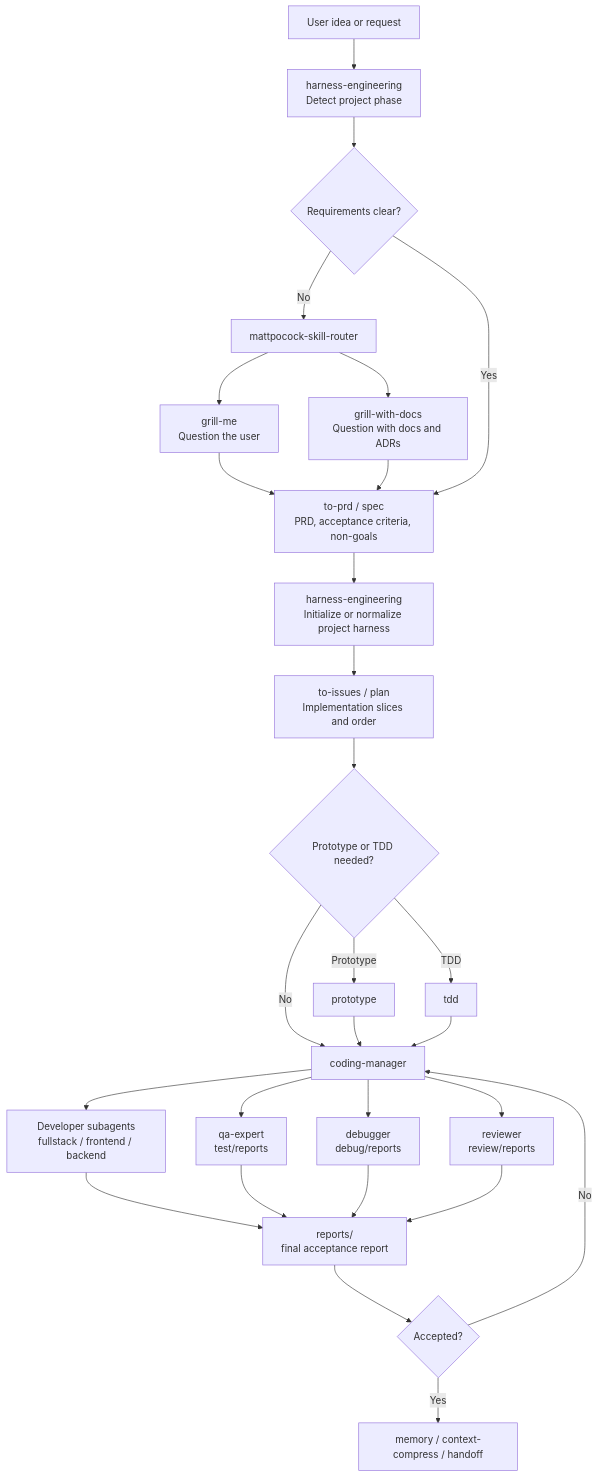
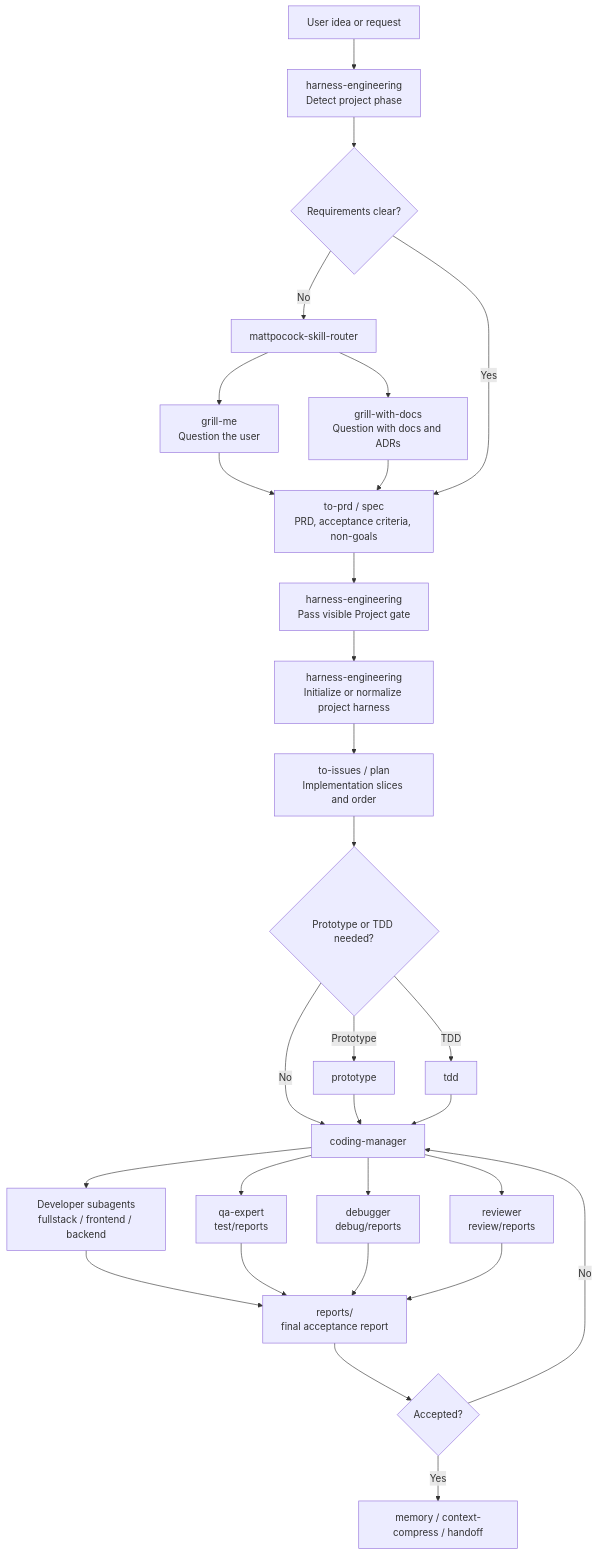
One commit to wantedfast/harness-engineering-wang changed the first of 2 diagrams in README.md. Above: the diagram before and after it, drawn with Mermaid. The commit also changed other lines of this file and 7 other files, not shown here.

Commit message:
feat: require visible codex project gate

````diff
--- a/README.md
+++ b/README.md
@@ -94,30 +96,31 @@
 ```mermaid
 flowchart TD
     A["User idea or request"] --> B["harness-engineering<br/>Detect project phase"]
     B --> C{"Requirements clear?"}
     C -- "No" --> D["mattpocock-skill-router"]
     D --> E["grill-me<br/>Question the user"]
     D --> F["grill-with-docs<br/>Question with docs and ADRs"]
     E --> G["to-prd / spec<br/>PRD, acceptance criteria, non-goals"]
     F --> G
     C -- "Yes" --> G
-    G --> H["harness-engineering<br/>Initialize or normalize project harness"]
-    H --> I["to-issues / plan<br/>Implementation slices and order"]
+    G --> H["harness-engineering<br/>Pass visible Project gate"]
+    H --> H2["harness-engineering<br/>Initialize or normalize project harness"]
+    H2 --> I["to-issues / plan<br/>Implementation slices and order"]
     I --> J{"Prototype or TDD needed?"}
     J -- "Prototype" --> K["prototype"]
     J -- "TDD" --> L["tdd"]
     J -- "No" --> M["coding-manager"]
     K --> M
     L --> M
     M --> N["Developer subagents<br/>fullstack / frontend / backend"]
     M --> O["qa-expert<br/>test/reports"]
     M --> P["debugger<br/>debug/reports"]
     M --> Q["reviewer<br/>review/reports"]
     N --> R["reports/<br/>final acceptance report"]
     O --> R
     P --> R
     Q --> R
     R --> S{"Accepted?"}
     S -- "No" --> M
     S -- "Yes" --> T["memory / context-compress / handoff"]
 ```
````
